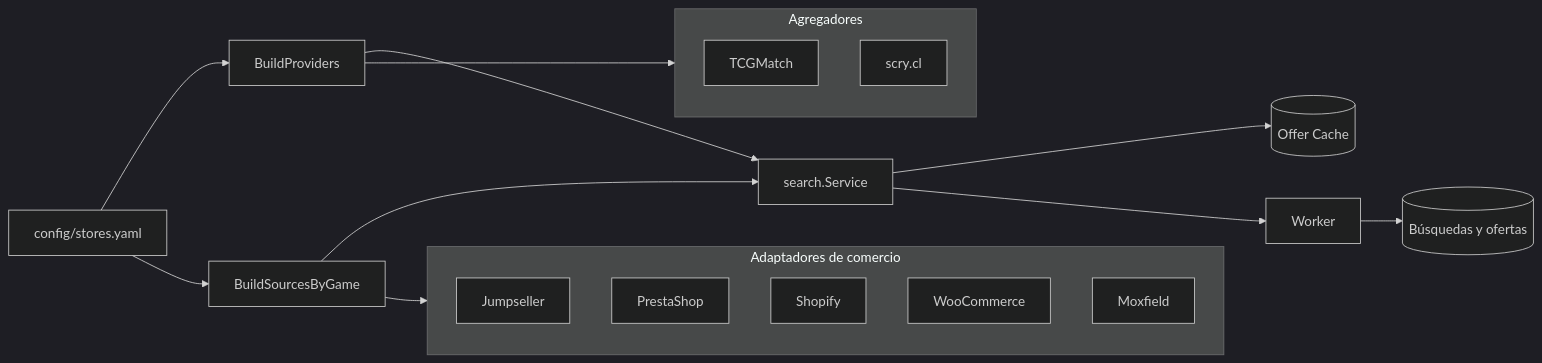
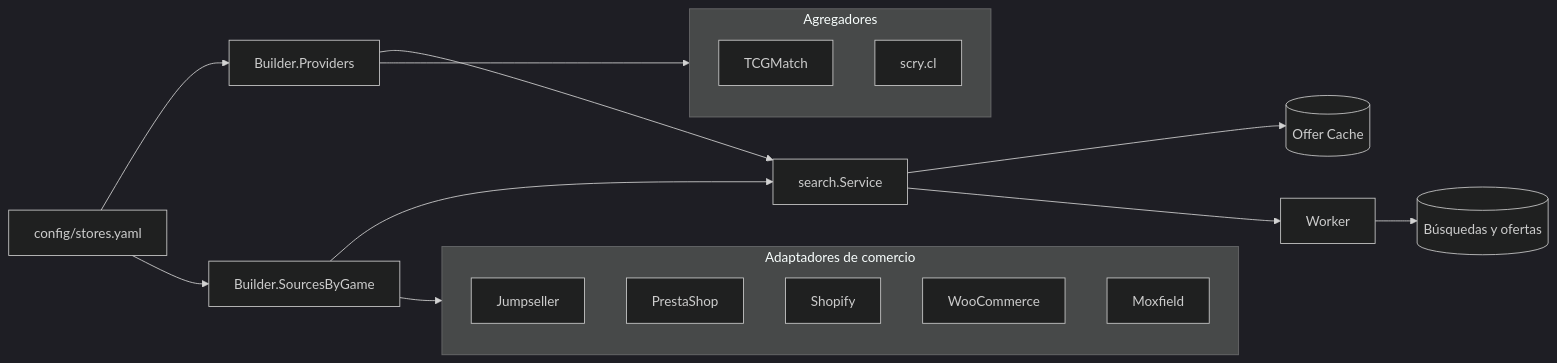
The second of 2 diagrams in backend/docs/search/game-search-providers.es.md (metaliaw/muchi), drawn with Mermaid (dark theme) before and after one commit. The commit also changed 147 other files, not shown here.

````diff
--- a/backend/docs/search/game-search-providers.es.md
+++ b/backend/docs/search/game-search-providers.es.md
@@ -41,27 +41,27 @@
 ```mermaid
 flowchart LR
-    YAML[config/stores.yaml] --> Providers[BuildProviders]
-    YAML --> GameSources[BuildSourcesByGame]
+    YAML[config/stores.yaml] --> Providers[Builder.Providers]
+    YAML --> GameSources[Builder.SourcesByGame]
 
     Providers --> Service[search.Service]
     GameSources --> Service
 
     subgraph Aggregators[Agregadores]
         TCGMatch[TCGMatch]
         ScryCL[scry.cl]
     end
 
     subgraph Commerce[Adaptadores de comercio]
         Jumpseller[Jumpseller]
         PrestaShop[PrestaShop]
         Shopify[Shopify]
         WooCommerce[WooCommerce]
         Moxfield[Moxfield]
     end
 
     Providers --> Aggregators
     GameSources --> Commerce
     Service --> Cache[(Offer Cache)]
     Service --> Worker[Worker]
     Worker --> Firestore[(Búsquedas y ofertas)]
 ```
````
